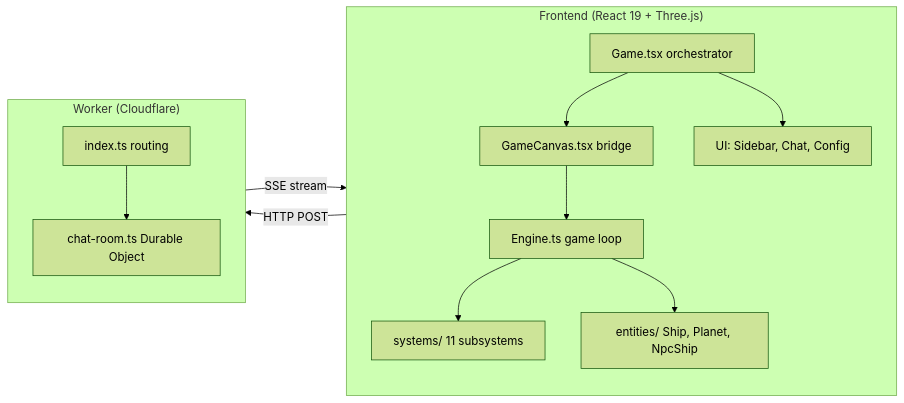
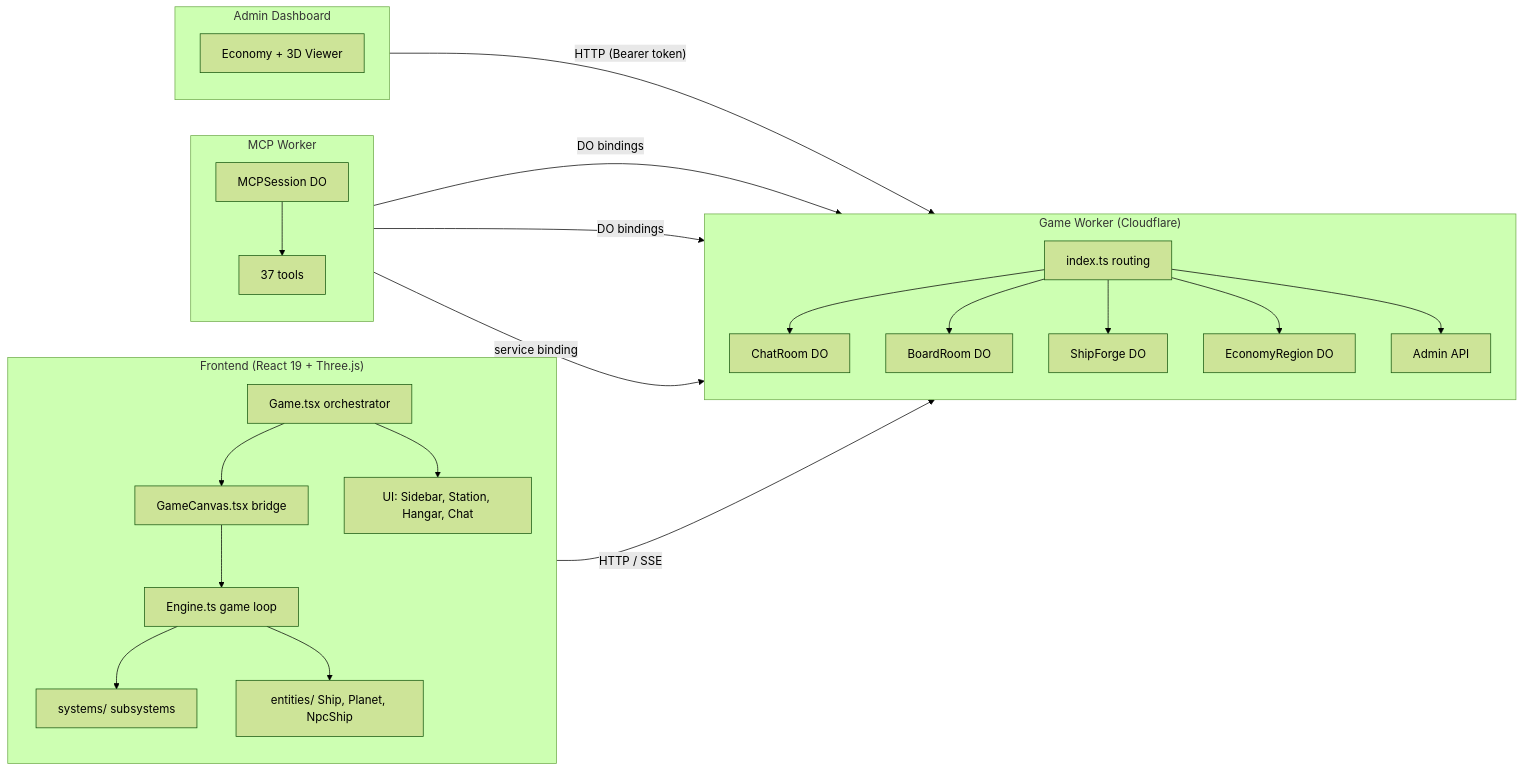
Before and after one commit to Anashel-RPG/ev2090: the first of 8 diagrams in docs/architecture.md, drawn with Mermaid (forest theme). The commit also changed other lines of this file and 264 other files, not shown here.

Commit message:
Massive update! - Self running cloudflare wrapper for local or docker backend - Full NPC economy v1 - Admin Panel to help you visualize your economy - New hangar and planet view - Tons of other stuff...

````diff
--- a/docs/architecture.md
+++ b/docs/architecture.md
@@ -9,25 +11,46 @@
 ```mermaid
 graph LR
   subgraph Frontend ["Frontend (React 19 + Three.js)"]
     direction TB
     Game["Game.tsx orchestrator"]
     Canvas["GameCanvas.tsx bridge"]
     Engine["Engine.ts game loop"]
-    Systems["systems/ 11 subsystems"]
+    Systems["systems/ subsystems"]
     Entities["entities/ Ship, Planet, NpcShip"]
-    Components["UI: Sidebar, Chat, Config"]
+    Components["UI: Sidebar, Station, Hangar, Chat"]
     Game --> Canvas
     Game --> Components
     Canvas --> Engine
     Engine --> Systems
     Engine --> Entities
   end
-  subgraph Worker ["Worker (Cloudflare)"]
+  subgraph Worker ["Game Worker (Cloudflare)"]
     direction TB
     Index["index.ts routing"]
-    ChatRoom["chat-room.ts Durable Object"]
+    ChatRoom["ChatRoom DO"]
+    BoardRoom["BoardRoom DO"]
+    ShipForge["ShipForge DO"]
+    Economy["EconomyRegion DO"]
+    Admin["Admin API"]
     Index --> ChatRoom
+    Index --> BoardRoom
+    Index --> ShipForge
+    Index --> Economy
+    Index --> Admin
   end
-  Components -->|"HTTP POST"| Index
-  Index -->|"SSE stream"| Components
+  subgraph MCP ["MCP Worker"]
+    direction TB
+    MCPSession["MCPSession DO"]
+    Tools["37 tools"]
+    MCPSession --> Tools
+  end
+  subgraph AdminApp ["Admin Dashboard"]
+    direction TB
+    AdminUI["Economy + 3D Viewer"]
+  end
+  Components -->|"HTTP / SSE"| Index
+  AdminUI -->|"HTTP (Bearer token)"| Index
+  Tools -->|"DO bindings"| Economy
+  Tools -->|"DO bindings"| ChatRoom
+  Tools -->|"service binding"| Index
 ```
````
